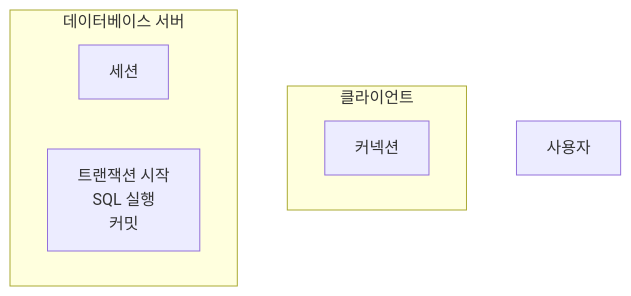
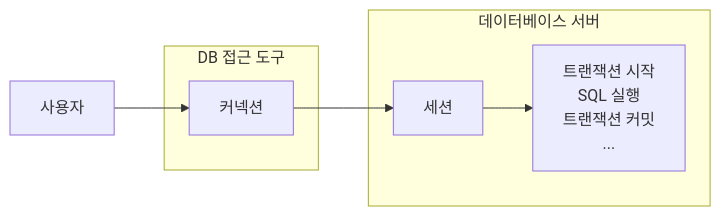
One commit to choiexe1/blog changed the diagram in content/Resources/프로그래밍/Java/김영한의 스프링/DB 1편/3. 트랜잭션 이해.md. Above: the diagram before and after it, drawn with Mermaid. The commit also changed other lines of this file, not shown here.

Commit message:
vault backup: 2024-12-12 17:36:57

````diff
--- a/content/Resources/프로그래밍/Java/김영한의 스프링/DB 1편/3. 트랜잭션 이해.md
+++ b/content/Resources/프로그래밍/Java/김영한의 스프링/DB 1편/3. 트랜잭션 이해.md
@@ -58,16 +58,22 @@
 ```mermaid
-graph
+graph LR
 
 사용자
 
-subgraph 클라이언트
+subgraph 클라[DB 접근 도구]
 	커넥션
 end
 
 subgraph DB[데이터베이스 서버]
 	세션
-	트랜잭션[트랜잭션 시작
+	트랜잭션[
+	트랜잭션 시작
 	SQL 실행
-	커밋]
+	트랜잭션 커밋
+	...
+	]
 end
+
+사용자 --> 커넥션
+커넥션 --> 세션 --> 트랜잭션
 ```
````
